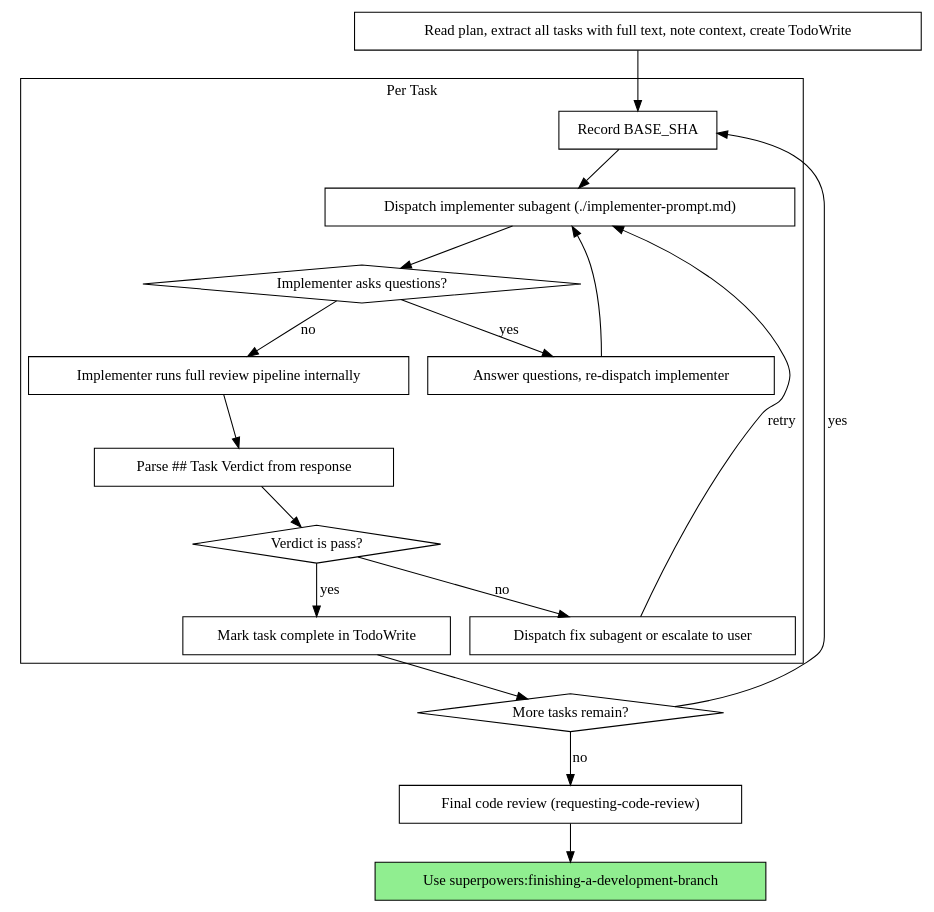
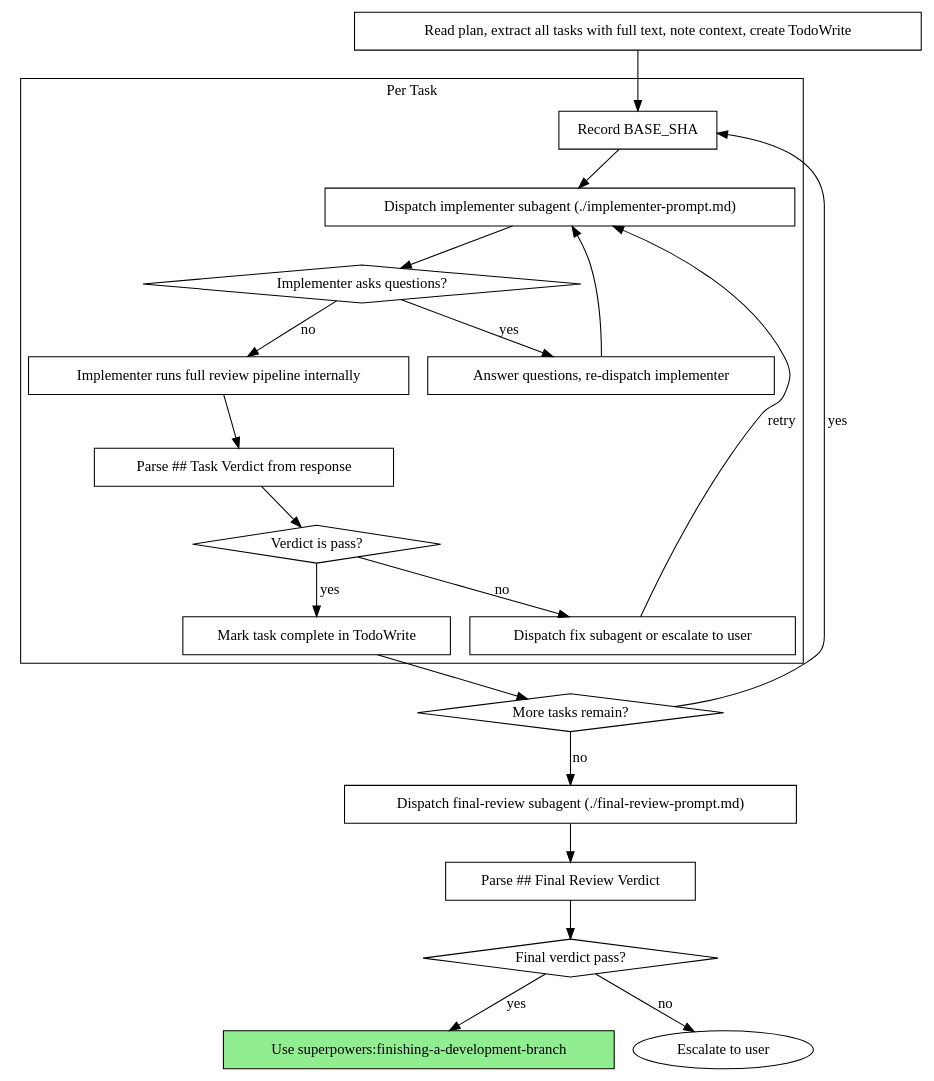
One commit to ebitoro/superpowers changed the second of 2 diagrams in skills/subagent-driven-development/SKILL.md. Above: the diagram before and after it, drawn with Graphviz. The commit also changed other lines of this file and 3 other files, not shown here.

Commit message:
feat(subagent-driven-dev): move final code review to subagent with self-contained fix loop

````diff
--- a/skills/subagent-driven-development/SKILL.md
+++ b/skills/subagent-driven-development/SKILL.md
@@ -95,39 +95,44 @@
 ```dot
 digraph process {
     rankdir=TB;
 
     subgraph cluster_per_task {
         label="Per Task";
         "Record BASE_SHA" [shape=box];
         "Dispatch implementer subagent (./implementer-prompt.md)" [shape=box];
         "Implementer asks questions?" [shape=diamond];
         "Answer questions, re-dispatch implementer" [shape=box];
         "Implementer runs full review pipeline internally" [shape=box];
         "Parse ## Task Verdict from response" [shape=box];
         "Verdict is pass?" [shape=diamond];
         "Dispatch fix subagent or escalate to user" [shape=box];
         "Mark task complete in TodoWrite" [shape=box];
     }
 
     "Read plan, extract all tasks with full text, note context, create TodoWrite" [shape=box];
     "More tasks remain?" [shape=diamond];
-    "Final code review (requesting-code-review)" [shape=box];
+    "Dispatch final-review subagent (./final-review-prompt.md)" [shape=box];
+    "Parse ## Final Review Verdict" [shape=box];
+    "Final verdict pass?" [shape=diamond];
     "Use superpowers:finishing-a-development-branch" [shape=box style=filled fillcolor=lightgreen];
 
     "Read plan, extract all tasks with full text, note context, create TodoWrite" -> "Record BASE_SHA";
     "Record BASE_SHA" -> "Dispatch implementer subagent (./implementer-prompt.md)";
     "Dispatch implementer subagent (./implementer-prompt.md)" -> "Implementer asks questions?";
     "Implementer asks questions?" -> "Answer questions, re-dispatch implementer" [label="yes"];
     "Answer questions, re-dispatch implementer" -> "Dispatch implementer subagent (./implementer-prompt.md)";
     "Implementer asks questions?" -> "Implementer runs full review pipeline internally" [label="no"];
     "Implementer runs full review pipeline internally" -> "Parse ## Task Verdict from response";
     "Parse ## Task Verdict from response" -> "Verdict is pass?";
     "Verdict is pass?" -> "Mark task complete in TodoWrite" [label="yes"];
     "Verdict is pass?" -> "Dispatch fix subagent or escalate to user" [label="no"];
     "Dispatch fix subagent or escalate to user" -> "Dispatch implementer subagent (./implementer-prompt.md)" [label="retry"];
     "Mark task complete in TodoWrite" -> "More tasks remain?";
     "More tasks remain?" -> "Record BASE_SHA" [label="yes"];
-    "More tasks remain?" -> "Final code review (requesting-code-review)" [label="no"];
-    "Final code review (requesting-code-review)" -> "Use superpowers:finishing-a-development-branch";
+    "More tasks remain?" -> "Dispatch final-review subagent (./final-review-prompt.md)" [label="no"];
+    "Dispatch final-review subagent (./final-review-prompt.md)" -> "Parse ## Final Review Verdict";
+    "Parse ## Final Review Verdict" -> "Final verdict pass?";
+    "Final verdict pass?" -> "Use superpowers:finishing-a-development-branch" [label="yes"];
+    "Final verdict pass?" -> "Escalate to user" [label="no"];
 }
 ```
````
